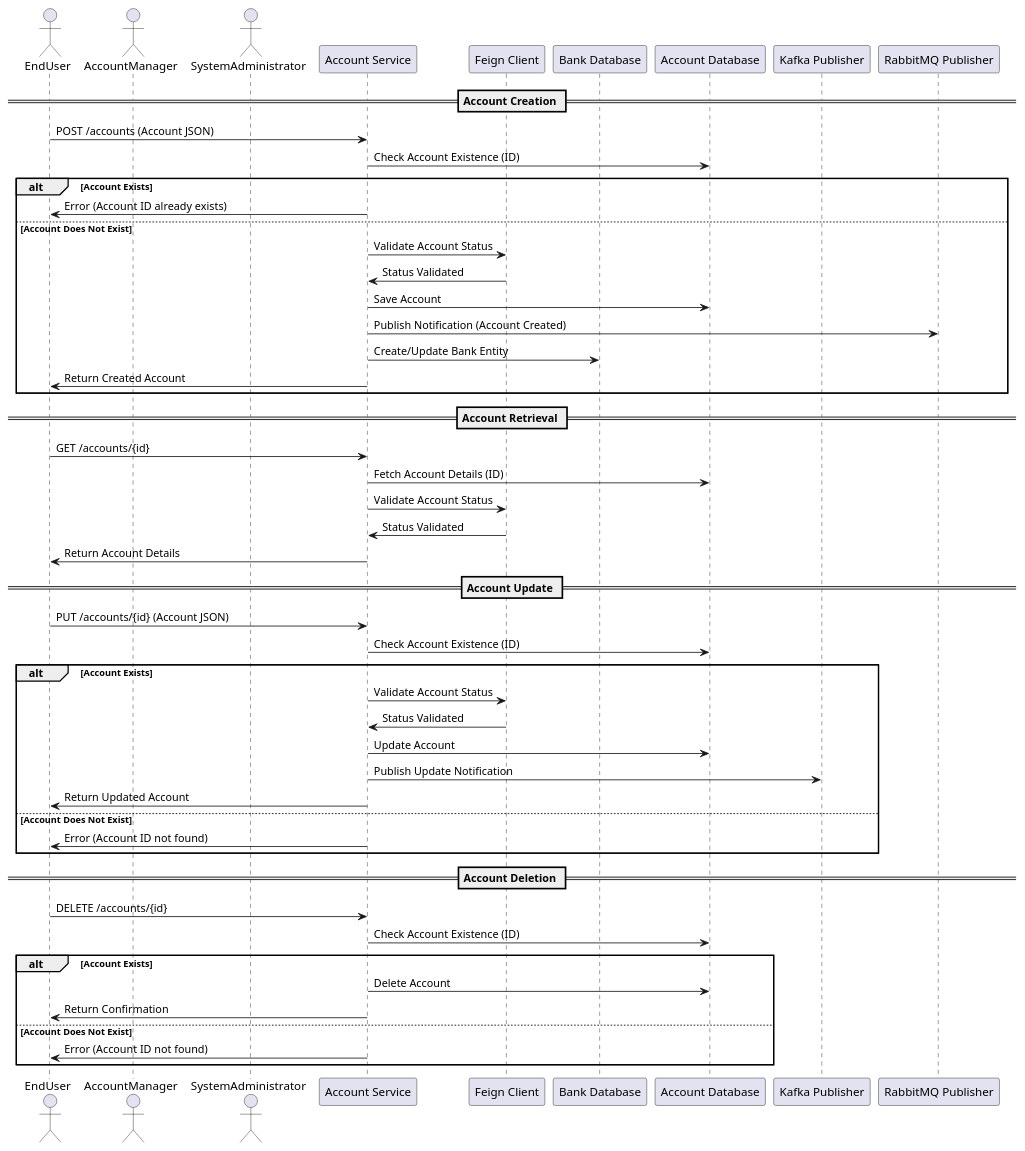
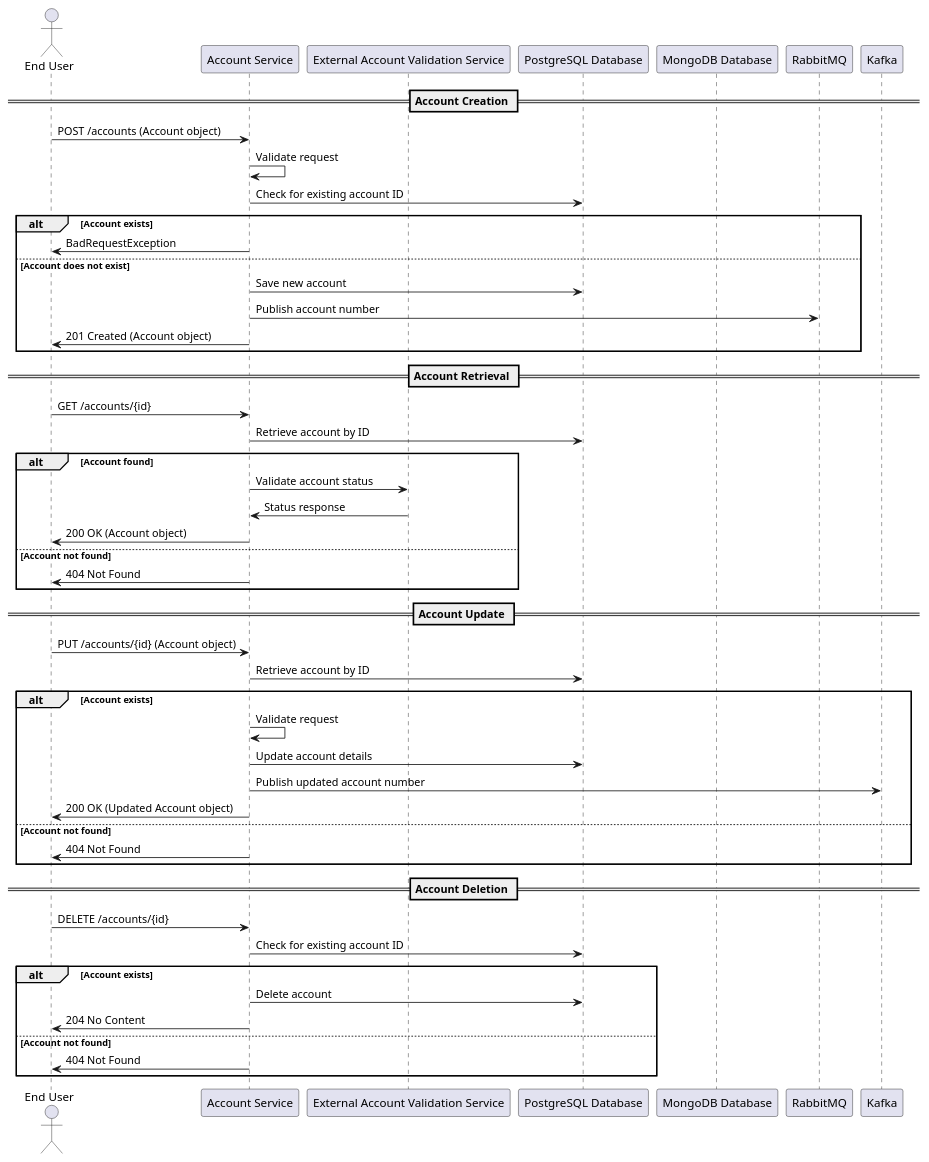
Before and after one commit to Bhaskar-Pavan/AccountService: the diagram in design_document/AccountService.md, drawn with PlantUML. The commit also changed other lines of this file, not shown here.

````diff
--- a/design_document/AccountService.md
+++ b/design_document/AccountService.md
@@ -37,58 +40,57 @@
 ```plantuml
 @startuml
-actor EndUser as User
-actor AccountManager as Manager
-actor SystemAdministrator as Admin
-participant "Account Service" as AccountService
-participant "Feign Client" as FeignService
-participant "Bank Database" as BankDB
-participant "Account Database" as AccountDB
-participant "Kafka Publisher" as Kafka
-participant "RabbitMQ Publisher" as RabbitMQ
+actor "End User" as User
+participant "Account Service" as Service
+participant "External Account Validation Service" as ValidationService
+participant "PostgreSQL Database" as PostgreSQL
+participant "MongoDB Database" as MongoDB
+participant "RabbitMQ" as RabbitMQ
+participant "Kafka" as Kafka
 
 == Account Creation ==
-User -> AccountService: POST /accounts (Account JSON)
-AccountService -> AccountDB: Check Account Existence (ID)
-alt Account Exists
-    AccountService -> User: Error (Account ID already exists)
-else Account Does Not Exist
-    AccountService -> FeignService: Validate Account Status
-    FeignService -> AccountService: Status Validated
-    AccountService -> AccountDB: Save Account
-    AccountService -> RabbitMQ: Publish Notification (Account Created)
-    AccountService -> BankDB: Create/Update Bank Entity
-    AccountService -> User: Return Created Account
+User -> Service: POST /accounts (Account object)
+Service -> Service: Validate request
+Service -> PostgreSQL: Check for existing account ID
+alt Account exists
+    Service -> User: BadRequestException
+else Account does not exist
+    Service -> PostgreSQL: Save new account
+    Service -> RabbitMQ: Publish account number
+    Service -> User: 201 Created (Account object)
 end
 
 == Account Retrieval ==
-User -> AccountService: GET /accounts/{id}
-AccountService -> AccountDB: Fetch Account Details (ID)
-AccountService -> FeignService: Validate Account Status
-FeignService -> AccountService: Status Validated
-AccountService -> User: Return Account Details
+User -> Service: GET /accounts/{id}
+Service -> PostgreSQL: Retrieve account by ID
+alt Account found
+    Service -> ValidationService: Validate account status
+    ValidationService -> Service: Status response
+    Service -> User: 200 OK (Account object)
+else Account not found
+    Service -> User: 404 Not Found
+end
 
 == Account Update ==
-User -> AccountService: PUT /accounts/{id} (Account JSON)
-AccountService -> AccountDB: Check Account Existence (ID)
-alt Account Exists
-    AccountService -> FeignService: Validate Account Status
-    FeignService -> AccountService: Status Validated
-    AccountService -> AccountDB: Update Account
-    AccountService -> Kafka: Publish Update Notification
-    AccountService -> User: Return Updated Account
-else Account Does Not Exist
-    AccountService -> User: Error (Account ID not found)
+User -> Service: PUT /accounts/{id} (Account object)
+Service -> PostgreSQL: Retrieve account by ID
+alt Account exists
+    Service -> Service: Validate request
+    Service -> PostgreSQL: Update account details
+    Service -> Kafka: Publish updated account number
+    Service -> User: 200 OK (Updated Account object)
+else Account not found
+    Service -> User: 404 Not Found
 end
 
 == Account Deletion ==
-User -> AccountService: DELETE /accounts/{id}
-AccountService -> AccountDB: Check Account Existence (ID)
-alt Account Exists
-    AccountService -> AccountDB: Delete Account
-    AccountService -> User: Return Confirmation
-else Account Does Not Exist
-    AccountService -> User: Error (Account ID not found)
+User -> Service: DELETE /accounts/{id}
+Service -> PostgreSQL: Check for existing account ID
+alt Account exists
+    Service -> PostgreSQL: Delete account
+    Service -> User: 204 No Content
+else Account not found
+    Service -> User: 404 Not Found
 end
 
 @enduml
 ```
````
